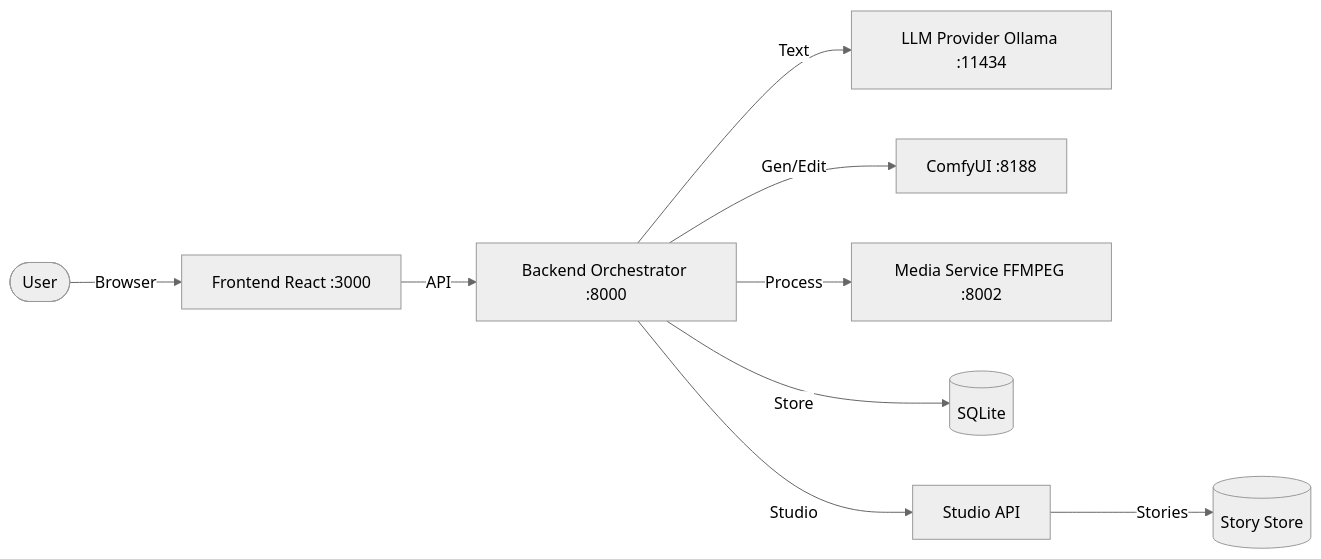
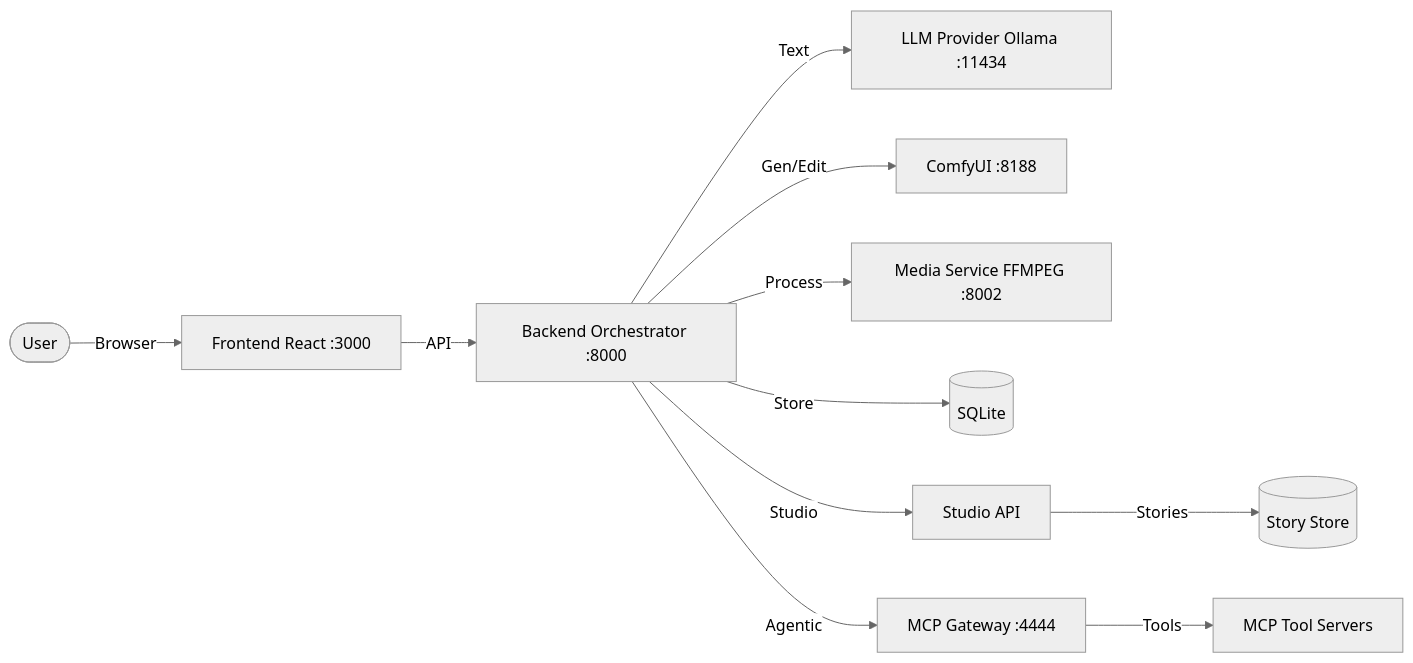
One commit to ruslanmv/HomePilot changed the diagram in README.md. Above: the diagram before and after it, drawn with Mermaid (neutral theme). The commit also changed other lines of this file and 24 other files, not shown here.

````diff
--- a/README.md
+++ b/README.md
@@ -166,11 +175,13 @@
 ```mermaid
 graph LR
     User([User]) -->|Browser| Frontend[Frontend React :3000]
     Frontend -->|API| Backend[Backend Orchestrator :8000]
     Backend -->|Text| LLM[LLM Provider Ollama :11434]
     Backend -->|Gen/Edit| Comfy[ComfyUI :8188]
     Backend -->|Process| Media[Media Service FFMPEG :8002]
     Backend -->|Store| DB[(SQLite)]
     Backend -->|Studio| Studio[Studio API]
+    Backend -->|Agentic| MCP[MCP Gateway :4444]
+    MCP -->|Tools| Servers[MCP Tool Servers]
     Studio -->|Stories| StoryDB[(Story Store)]
 ```
````
